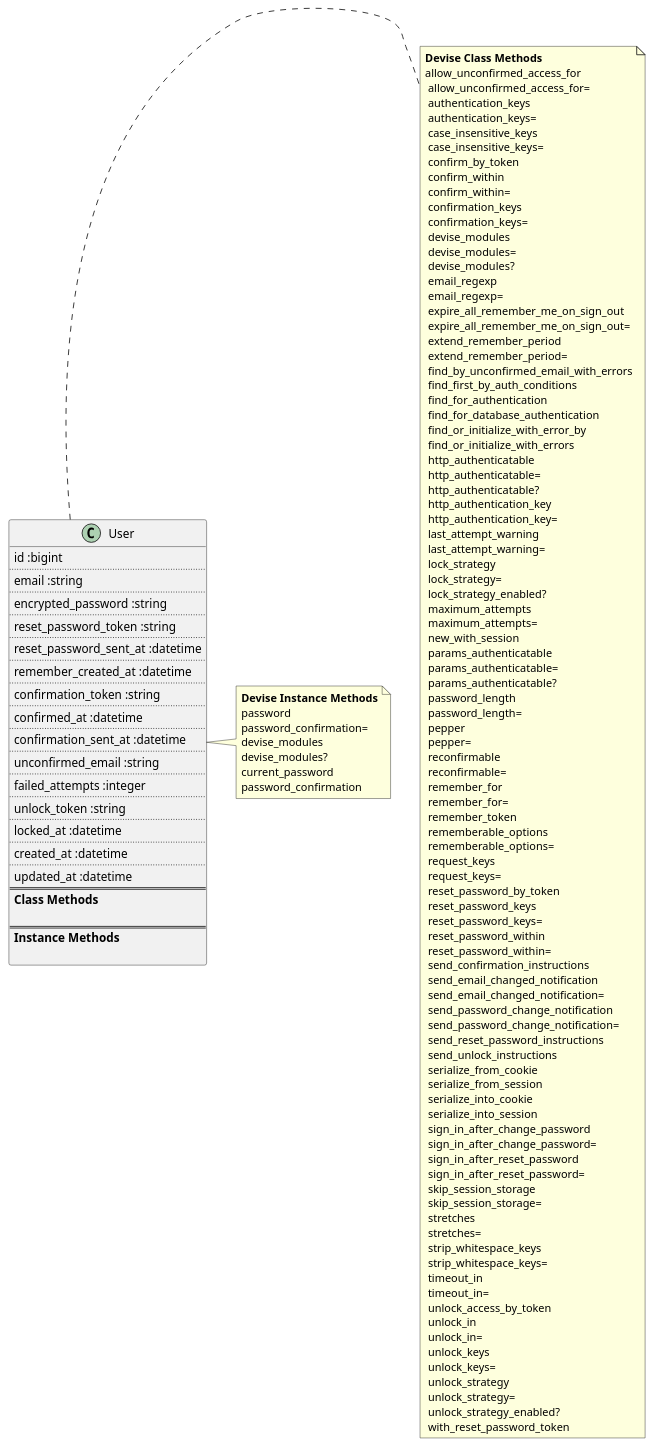
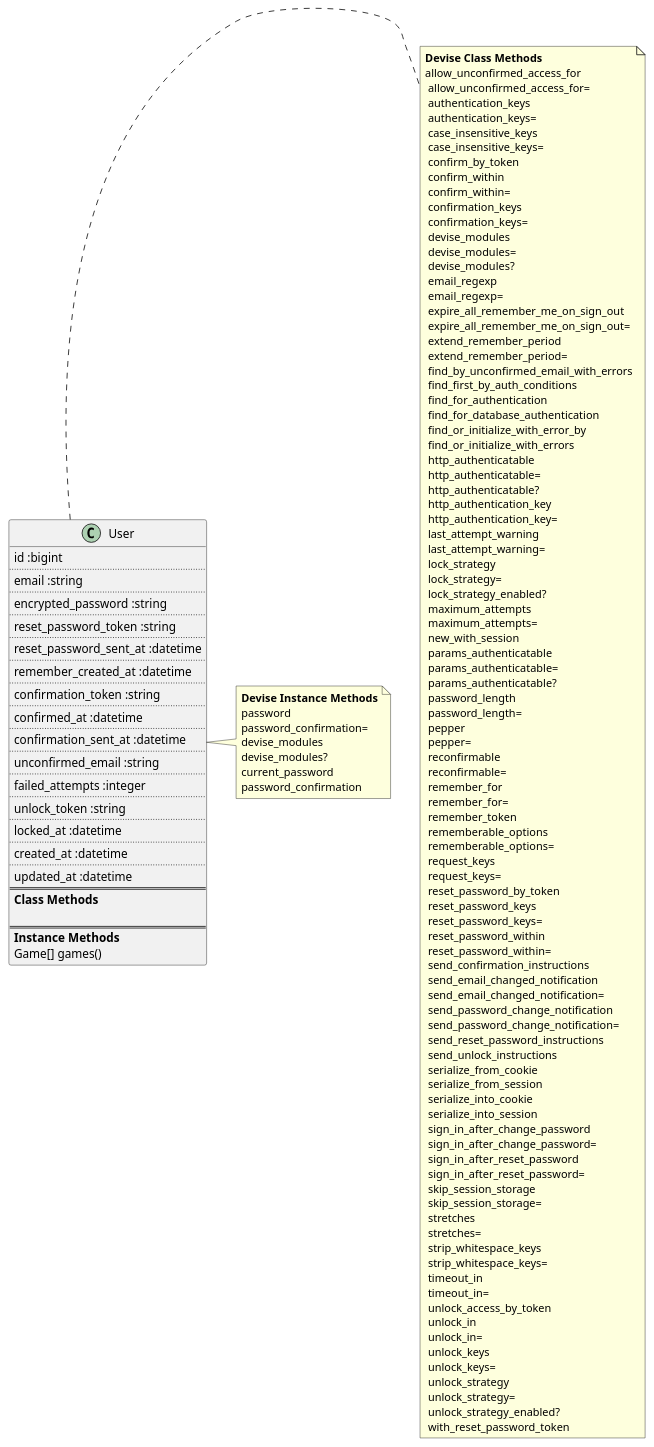
Before and after one commit to MillsJROSS/textplease: the diagram in doc/models/user_class_diagram.puml, drawn with PlantUML. The commit also changed 2 other files, not shown here.

```diff
--- a/doc/models/user_class_diagram.puml
+++ b/doc/models/user_class_diagram.puml
@@ -1,146 +1,146 @@
 @startuml
 
 class User {
     id :bigint
     ..
     email :string
     ..
     encrypted_password :string
     ..
     reset_password_token :string
     ..
     reset_password_sent_at :datetime
     ..
     remember_created_at :datetime
     ..
     confirmation_token :string
     ..
     confirmed_at :datetime
     ..
     confirmation_sent_at :datetime
     ..
     unconfirmed_email :string
     ..
     failed_attempts :integer
     ..
     unlock_token :string
     ..
     locked_at :datetime
     ..
     created_at :datetime
     ..
     updated_at :datetime
     ==
     **Class Methods**
 
     ==
     **Instance Methods**
-
+    Game[] games()
 }
 note right of User
     <b>Devise Class Methods</b>
     allow_unconfirmed_access_for
      allow_unconfirmed_access_for=
      authentication_keys
      authentication_keys=
      case_insensitive_keys
      case_insensitive_keys=
      confirm_by_token
      confirm_within
      confirm_within=
      confirmation_keys
      confirmation_keys=
      devise_modules
      devise_modules=
      devise_modules?
      email_regexp
      email_regexp=
      expire_all_remember_me_on_sign_out
      expire_all_remember_me_on_sign_out=
      extend_remember_period
      extend_remember_period=
      find_by_unconfirmed_email_with_errors
      find_first_by_auth_conditions
      find_for_authentication
      find_for_database_authentication
      find_or_initialize_with_error_by
      find_or_initialize_with_errors
      http_authenticatable
      http_authenticatable=
      http_authenticatable?
      http_authentication_key
      http_authentication_key=
      last_attempt_warning
      last_attempt_warning=
      lock_strategy
      lock_strategy=
      lock_strategy_enabled?
      maximum_attempts
      maximum_attempts=
      new_with_session
      params_authenticatable
      params_authenticatable=
      params_authenticatable?
      password_length
      password_length=
      pepper
      pepper=
      reconfirmable
      reconfirmable=
      remember_for
      remember_for=
      remember_token
      rememberable_options
      rememberable_options=
      request_keys
      request_keys=
      reset_password_by_token
      reset_password_keys
      reset_password_keys=
      reset_password_within
      reset_password_within=
      send_confirmation_instructions
      send_email_changed_notification
      send_email_changed_notification=
      send_password_change_notification
      send_password_change_notification=
      send_reset_password_instructions
      send_unlock_instructions
      serialize_from_cookie
      serialize_from_session
      serialize_into_cookie
      serialize_into_session
      sign_in_after_change_password
      sign_in_after_change_password=
      sign_in_after_reset_password
      sign_in_after_reset_password=
      skip_session_storage
      skip_session_storage=
      stretches
      stretches=
      strip_whitespace_keys
      strip_whitespace_keys=
      timeout_in
      timeout_in=
      unlock_access_by_token
      unlock_in
      unlock_in=
      unlock_keys
      unlock_keys=
      unlock_strategy
      unlock_strategy=
      unlock_strategy_enabled?
      with_reset_password_token
 end note
 
 note right of User
    <b>Devise Instance Methods</b>
    password
    password_confirmation=
    devise_modules
    devise_modules?
    current_password
    password_confirmation
 end note
 
 @enduml
```
